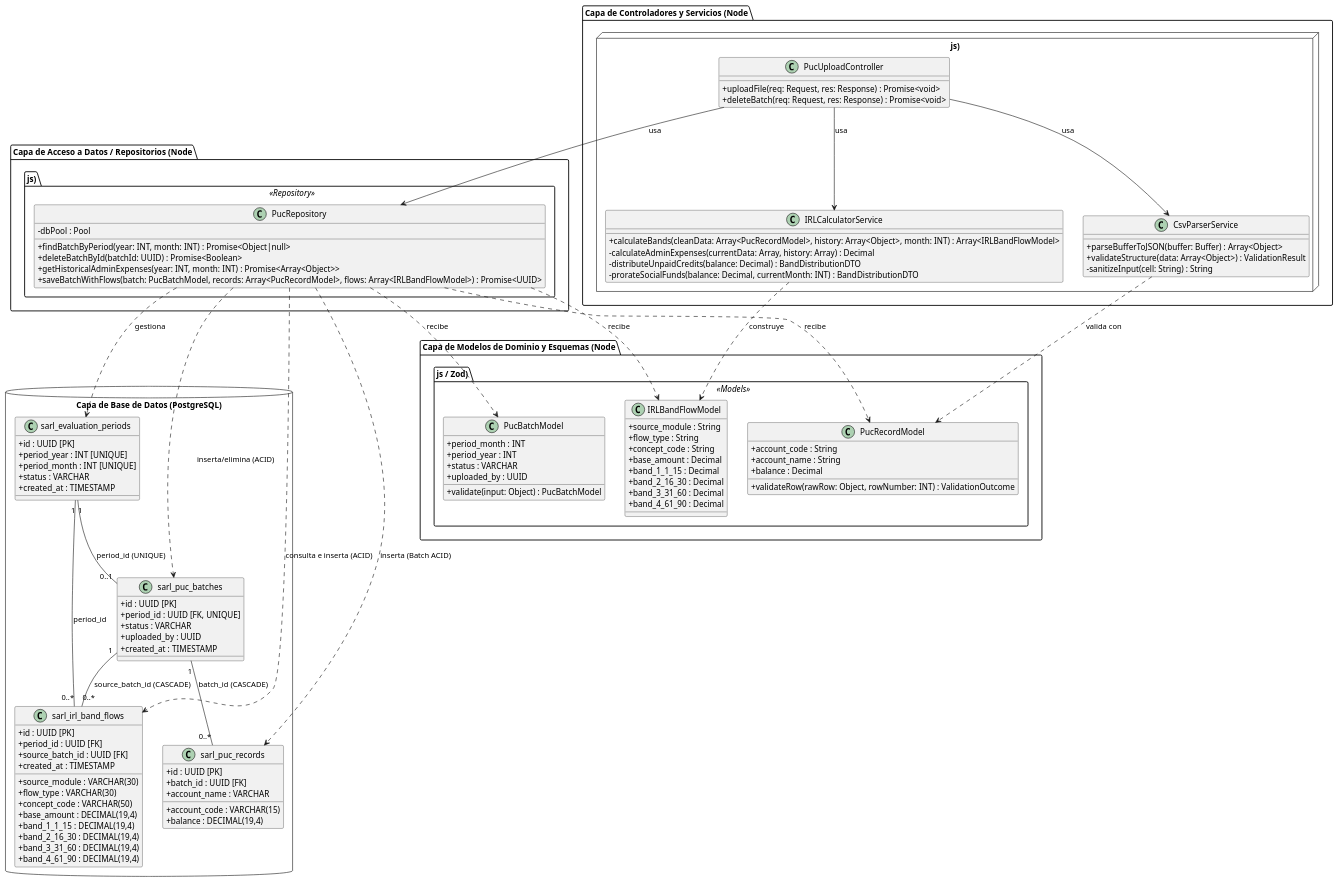
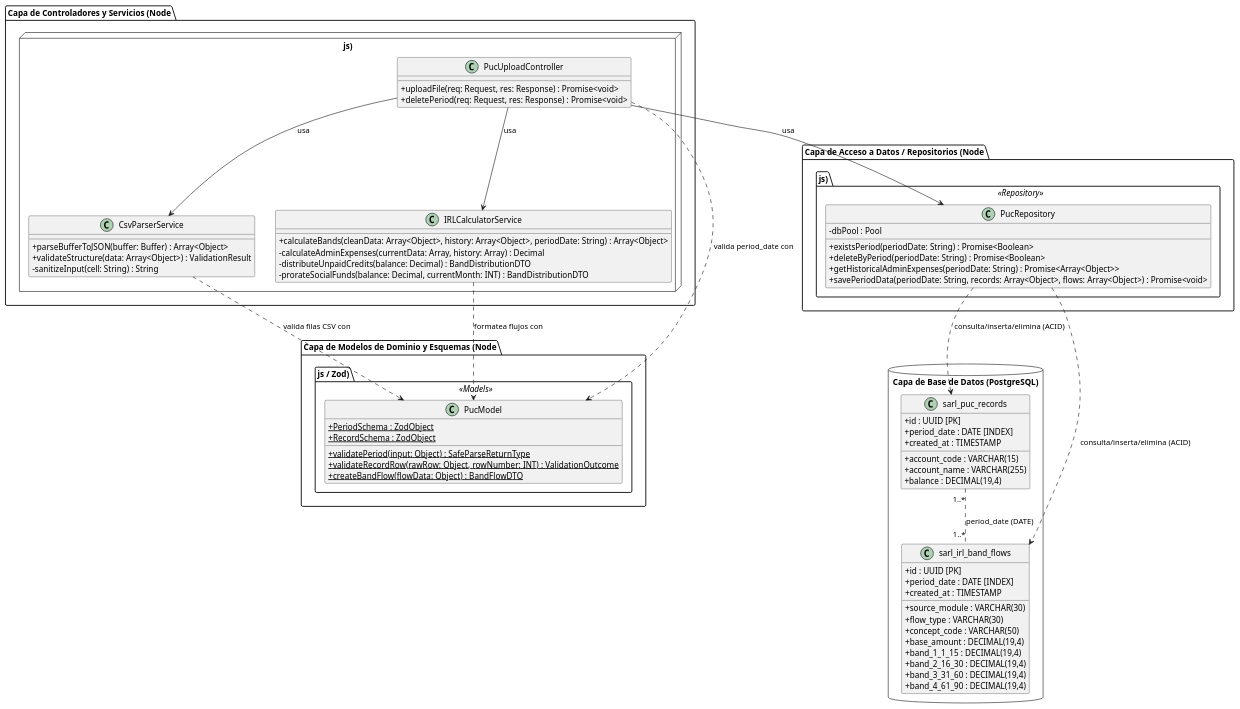
Before and after one commit to DoctorLepra/coocalpro-IRL: the second of 2 diagrams in SARL/MODULO 1/DIAGRAMA_UML.md, drawn with PlantUML. The commit also changed other lines of this file and 4 other files, not shown here.

Commit message:
Ajuste de tablas en BD, creacion del modelo de PUC y service de PUC

````diff
--- a/SARL/MODULO 1/DIAGRAMA_UML.md
+++ b/SARL/MODULO 1/DIAGRAMA_UML.md
@@ -122,34 +125,18 @@
 skinparam classAttributeIconSize 0
 
 package "Capa de Base de Datos (PostgreSQL)" <<Database>> {
-    class sarl_evaluation_periods {
-        + id : UUID [PK]
-        + period_year : INT [UNIQUE]
-        + period_month : INT [UNIQUE]
-        + status : VARCHAR
-        + created_at : TIMESTAMP
-    }
-
-    class sarl_puc_batches {
-        + id : UUID [PK]
-        + period_id : UUID [FK, UNIQUE]
-        + status : VARCHAR
-        + uploaded_by : UUID
-        + created_at : TIMESTAMP
-    }
-
     class sarl_puc_records {
         + id : UUID [PK]
-        + batch_id : UUID [FK]
+        + period_date : DATE [INDEX]
         + account_code : VARCHAR(15)
-        + account_name : VARCHAR
+        + account_name : VARCHAR(255)
         + balance : DECIMAL(19,4)
+        + created_at : TIMESTAMP
     }
 
     class sarl_irl_band_flows {
         + id : UUID [PK]
-        + period_id : UUID [FK]
-        + source_batch_id : UUID [FK]
+        + period_date : DATE [INDEX]
         + source_module : VARCHAR(30)
         + flow_type : VARCHAR(30)
         + concept_code : VARCHAR(50)
@@ -161,17 +148,14 @@
         + created_at : TIMESTAMP
     }
 
-    sarl_evaluation_periods "1" -- "0..1" sarl_puc_batches : period_id (UNIQUE)
-    sarl_evaluation_periods "1" -- "0..*" sarl_irl_band_flows : period_id
-    sarl_puc_batches "1" -- "0..*" sarl_puc_records : batch_id (CASCADE)
-    sarl_puc_batches "1" -- "0..*" sarl_irl_band_flows : source_batch_id (CASCADE)
+    sarl_puc_records "1..*" .. "1..*" sarl_irl_band_flows : period_date (DATE)
 }
 
 package "Capa de Controladores y Servicios (Node.js)" <<Node>> {
     
     class PucUploadController {
         + uploadFile(req: Request, res: Response) : Promise<void>
-        + deleteBatch(req: Request, res: Response) : Promise<void>
+        + deletePeriod(req: Request, res: Response) : Promise<void>
     }
 
     class CsvParserService {
@@ -181,7 +165,7 @@
     }
 
     class IRLCalculatorService {
-        + calculateBands(cleanData: Array<PucRecordModel>, history: Array<Object>, month: INT) : Array<IRLBandFlowModel>
+        + calculateBands(cleanData: Array<Object>, history: Array<Object>, periodDate: String) : Array<Object>
         - calculateAdminExpenses(currentData: Array, history: Array) : Decimal
         - distributeUnpaidCredits(balance: Decimal) : BandDistributionDTO
         - prorateSocialFunds(balance: Decimal, currentMonth: INT) : BandDistributionDTO
@@ -190,30 +174,12 @@
 
 package "Capa de Modelos de Dominio y Esquemas (Node.js / Zod)" <<Models>> {
 
-    class PucBatchModel {
-        + period_month : INT
-        + period_year : INT
-        + status : VARCHAR
-        + uploaded_by : UUID
-        + validate(input: Object) : PucBatchModel
-    }
-
-    class PucRecordModel {
-        + account_code : String
-        + account_name : String
-        + balance : Decimal
-        + validateRow(rawRow: Object, rowNumber: INT) : ValidationOutcome
-    }
-
-    class IRLBandFlowModel {
-        + source_module : String
-        + flow_type : String
-        + concept_code : String
-        + base_amount : Decimal
-        + band_1_1_15 : Decimal
-        + band_2_16_30 : Decimal
-        + band_3_31_60 : Decimal
-        + band_4_61_90 : Decimal
+    class PucModel {
+        + {static} PeriodSchema : ZodObject
+        + {static} RecordSchema : ZodObject
+        + {static} validatePeriod(input: Object) : SafeParseReturnType
+        + {static} validateRecordRow(rawRow: Object, rowNumber: INT) : ValidationOutcome
+        + {static} createBandFlow(flowData: Object) : BandFlowDTO
     }
 }
 
@@ -221,24 +187,20 @@
 
     class PucRepository {
         - dbPool : Pool
-        + findBatchByPeriod(year: INT, month: INT) : Promise<Object|null>
-        + deleteBatchById(batchId: UUID) : Promise<Boolean>
-        + getHistoricalAdminExpenses(year: INT, month: INT) : Promise<Array<Object>>
-        + saveBatchWithFlows(batch: PucBatchModel, records: Array<PucRecordModel>, flows: Array<IRLBandFlowModel>) : Promise<UUID>
+        + existsPeriod(periodDate: String) : Promise<Boolean>
+        + deleteByPeriod(periodDate: String) : Promise<Boolean>
+        + getHistoricalAdminExpenses(periodDate: String) : Promise<Array<Object>>
+        + savePeriodData(periodDate: String, records: Array<Object>, flows: Array<Object>) : Promise<void>
     }
 }
 
 PucUploadController --> CsvParserService : usa
 PucUploadController --> IRLCalculatorService : usa
 PucUploadController --> PucRepository : usa
-CsvParserService ..> PucRecordModel : valida con
-IRLCalculatorService ..> IRLBandFlowModel : construye
-PucRepository ..> PucBatchModel : recibe
-PucRepository ..> PucRecordModel : recibe
-PucRepository ..> IRLBandFlowModel : recibe
-PucRepository ..> sarl_evaluation_periods : gestiona
-PucRepository ..> sarl_puc_batches : inserta/elimina (ACID)
-PucRepository ..> sarl_puc_records : inserta (Batch ACID)
-PucRepository ..> sarl_irl_band_flows : consulta e inserta (ACID)
+PucUploadController ..> PucModel : valida period_date con
+CsvParserService ..> PucModel : valida filas CSV con
+IRLCalculatorService ..> PucModel : formatea flujos con
+PucRepository ..> sarl_puc_records : consulta/inserta/elimina (ACID)
+PucRepository ..> sarl_irl_band_flows : consulta/inserta/elimina (ACID)
 @enduml
 ```
````
